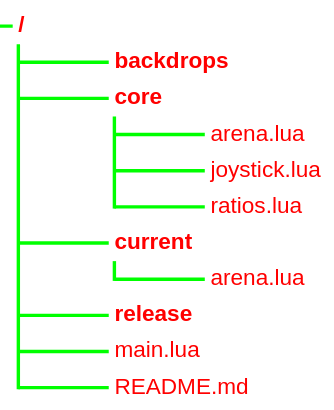
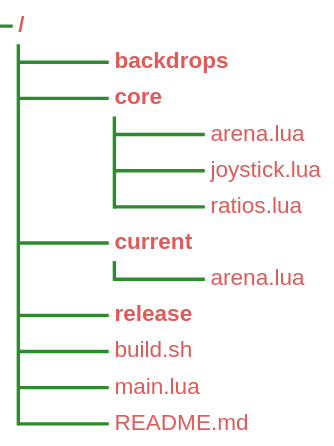
Before and after one commit to entitycs/WaMBaM: the third of 9 diagrams in README.md, drawn with Mermaid. The commit also changed other lines of this file and 12 other files, not shown here.

````diff
--- a/README.md
+++ b/README.md
@@ -128,24 +133,25 @@
 ```mermaid
 ---
 config:
     treeView:
         rowIndent: 80
         lineThickness: 3
     themeVariables:
         treeView:
             labelFontSize: '20px'
-            labelColor: '#FF0000'
-            lineColor: '#00FF00'
+            labelColor: '#e05a5a'
+            lineColor: '#2c8b2c'
 ---
 treeView-beta
     "backdrops/"
     "core/"
       "arena.lua"
       "joystick.lua"
       "ratios.lua"
     "current/"
       "arena.lua"
     "release/"
+    "build.sh"
     "main.lua"
     "README.md"
 ```
````
